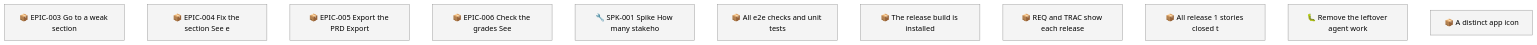
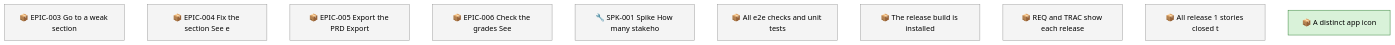
The first of 2 diagrams in docs/roadmap.md (SpillwaveSolutions/prd-forge-viewer), drawn with Mermaid (neutral theme) before and after one commit. The commit also changed other lines of this file and 7 other files, not shown here.

````diff
--- a/docs/roadmap.md
+++ b/docs/roadmap.md
@@ -66,16 +68,17 @@
 ```mermaid
 graph TD
     01M61XNJQPA0F7H1BG56ERNJ3P["📦 EPIC-003 Go to a weak section"]
     01M61XNK50616FWM0WZ4FGWGEB["📦 EPIC-004 Fix the section See e"]
     01M61XNK9MPMV0RAEKPX0JC3K4["📦 EPIC-005 Export the PRD Export"]
     01M61XNM7GHPSJ1B96BCHA59ZE["📦 EPIC-006 Check the grades See"]
     01M61XNM9NY7F4D4V7400J56X9["🔧 SPK-001 Spike How many stakeho"]
     01M62C7REGCD2R415FMWFCZMV8["📦 All e2e checks and unit tests"]
     01M62C7REGCD2R415FMWFCZMVA["📦 The release build is installed"]
     01M62C7REHN9N2P8Z19K0EPA0F["📦 REQ and TRAC show each release"]
     01M62C7REHN9N2P8Z19K0EPA0H["📦 All release 1 stories closed t"]
-    01M675A4ZFVAXWB3KWCZFBCF24["🐛 Remove the leftover agent work"]
     01M675AB5R3SDH4FRSB6N4S116["📦 A distinct app icon"]
     classDef todo fill:#f4f4f4,stroke:#999999
-    class 01M61XNJQPA0F7H1BG56ERNJ3P,01M61XNK50616FWM0WZ4FGWGEB,01M61XNK9MPMV0RAEKPX0JC3K4,01M61XNM7GHPSJ1B96BCHA59ZE,01M61XNM9NY7F4D4V7400J56X9,01M62C7REGCD2R415FMWFCZMV8,01M62C7REGCD2R415FMWFCZMVA,01M62C7REHN9N2P8Z19K0EPA0F,01M62C7REHN9N2P8Z19K0EPA0H,01M675A4ZFVAXWB3KWCZFBCF24,01M675AB5R3SDH4FRSB6N4S116 todo
+    class 01M61XNJQPA0F7H1BG56ERNJ3P,01M61XNK50616FWM0WZ4FGWGEB,01M61XNK9MPMV0RAEKPX0JC3K4,01M61XNM7GHPSJ1B96BCHA59ZE,01M61XNM9NY7F4D4V7400J56X9,01M62C7REGCD2R415FMWFCZMV8,01M62C7REGCD2R415FMWFCZMVA,01M62C7REHN9N2P8Z19K0EPA0F,01M62C7REHN9N2P8Z19K0EPA0H todo
+    classDef in_progress fill:#d9f2d9,stroke:#2e7d32
+    class 01M675AB5R3SDH4FRSB6N4S116 in_progress
 ```
````
